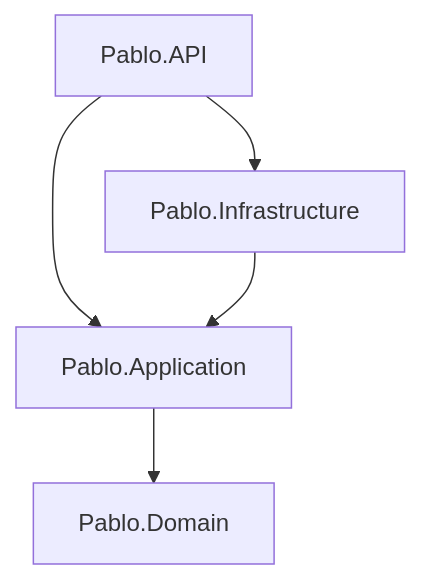
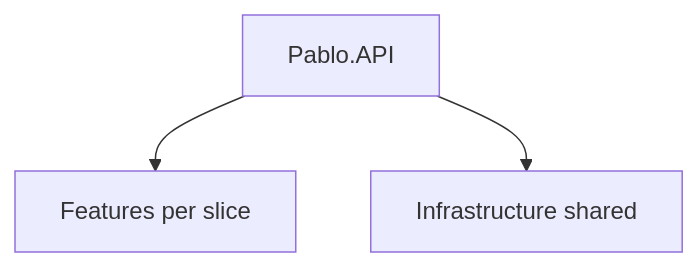
Before and after one commit to ThomasRbn/Pablo: the diagram in pablo/AGENTS.md, drawn with Mermaid. The commit also changed other lines of this file and 22 other files, not shown here.

First line of the commit message:
refactor: collapse backend into a single Pablo.API project

````diff
--- a/pablo/AGENTS.md
+++ b/pablo/AGENTS.md
@@ -18,12 +15,8 @@
 ```mermaid
 flowchart TB
   API[Pablo.API]
-  App[Pablo.Application]
-  Infra[Pablo.Infrastructure]
-  Domain[Pablo.Domain]
-
-  API --> App
+  Features[Features per slice]
+  Infra[Infrastructure shared]
+  API --> Features
   API --> Infra
-  Infra --> App
-  App --> Domain
 ```
````
